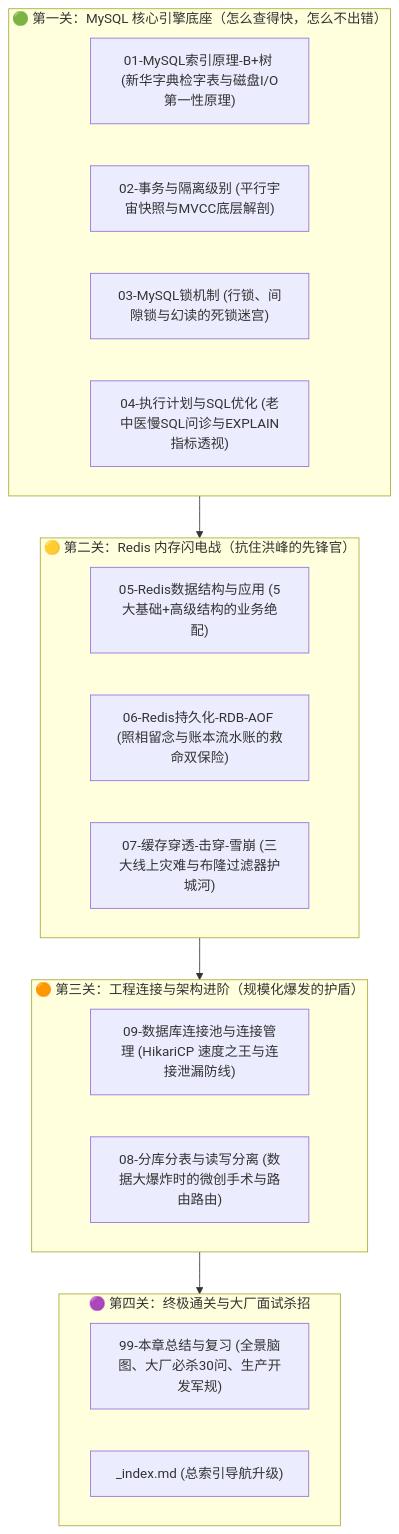
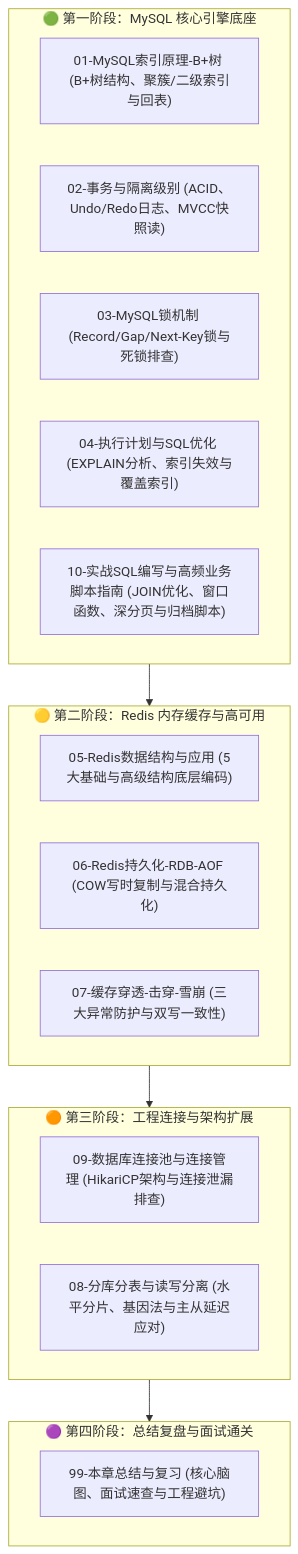
One commit to GuoWWWX/knowledge-base changed the fourth of 4 diagrams in 20-Java后端/05-数据库与存储/00-数据库与存储全景与心智模型.md. Above: the diagram before and after it, drawn with Mermaid. The commit also changed other lines of this file and 251 other files, not shown here.

````diff
--- a/20-Java后端/05-数据库与存储/00-数据库与存储全景与心智模型.md
+++ b/20-Java后端/05-数据库与存储/00-数据库与存储全景与心智模型.md
@@ -55,30 +148,27 @@
 ```mermaid
 flowchart TD
-    classDef stage fill:#f6ffed,stroke:#b7eb8f,stroke-width:2px;
-    classDef doc fill:#e6f7ff,stroke:#91d5ff,stroke-width:1px;
-
-    subgraph S1["🟢 第一关：MySQL 核心引擎底座（怎么查得快，怎么不出错）"]
-        D01["01-MySQL索引原理-B+树 (新华字典检字表与磁盘I/O第一性原理)"]
-        D02["02-事务与隔离级别 (平行宇宙快照与MVCC底层解剖)"]
-        D03["03-MySQL锁机制 (行锁、间隙锁与幻读的死锁迷宫)"]
-        D04["04-执行计划与SQL优化 (老中医慢SQL问诊与EXPLAIN指标透视)"]
+    subgraph S1 ["🟢 第一阶段：MySQL 核心引擎底座"]
+        D01["01-MySQL索引原理-B+树 (B+树结构、聚簇/二级索引与回表)"]
+        D02["02-事务与隔离级别 (ACID、Undo/Redo日志、MVCC快照读)"]
+        D03["03-MySQL锁机制 (Record/Gap/Next-Key锁与死锁排查)"]
+        D04["04-执行计划与SQL优化 (EXPLAIN分析、索引失效与覆盖索引)"]
+        D10["10-实战SQL编写与高频业务脚本指南 (JOIN优化、窗口函数、深分页与归档脚本)"]
     end
 
-    subgraph S2["🟡 第二关：Redis 内存闪电战（抗住洪峰的先锋官）"]
-        D05["05-Redis数据结构与应用 (5大基础+高级结构的业务绝配)"]
-        D06["06-Redis持久化-RDB-AOF (照相留念与账本流水账的救命双保险)"]
-        D07["07-缓存穿透-击穿-雪崩 (三大线上灾难与布隆过滤器护城河)"]
+    subgraph S2 ["🟡 第二阶段：Redis 内存缓存与高可用"]
+        D05["05-Redis数据结构与应用 (5大基础与高级结构底层编码)"]
+        D06["06-Redis持久化-RDB-AOF (COW写时复制与混合持久化)"]
+        D07["07-缓存穿透-击穿-雪崩 (三大异常防护与双写一致性)"]
     end
 
-    subgraph S3["🟠 第三关：工程连接与架构进阶（规模化爆发的护盾）"]
-        D09["09-数据库连接池与连接管理 (HikariCP 速度之王与连接泄漏防线)"]
-        D08["08-分库分表与读写分离 (数据大爆炸时的微创手术与路由路由)"]
+    subgraph S3 ["🟠 第三阶段：工程连接与架构扩展"]
+        D09["09-数据库连接池与连接管理 (HikariCP架构与连接泄漏排查)"]
+        D08["08-分库分表与读写分离 (水平分片、基因法与主从延迟应对)"]
     end
 
-    subgraph S4["🟣 第四关：终极通关与大厂面试杀招"]
-        D99["99-本章总结与复习 (全景脑图、大厂必杀30问、生产开发军规)"]
-        DIndex["_index.md (总索引导航升级)"]
+    subgraph S4 ["🟣 第四阶段：总结复盘与面试通关"]
+        D99["99-本章总结与复习 (核心脑图、面试速查与工程避坑)"]
     end
 
     S1 --> S2 --> S3 --> S4
 ```
````
